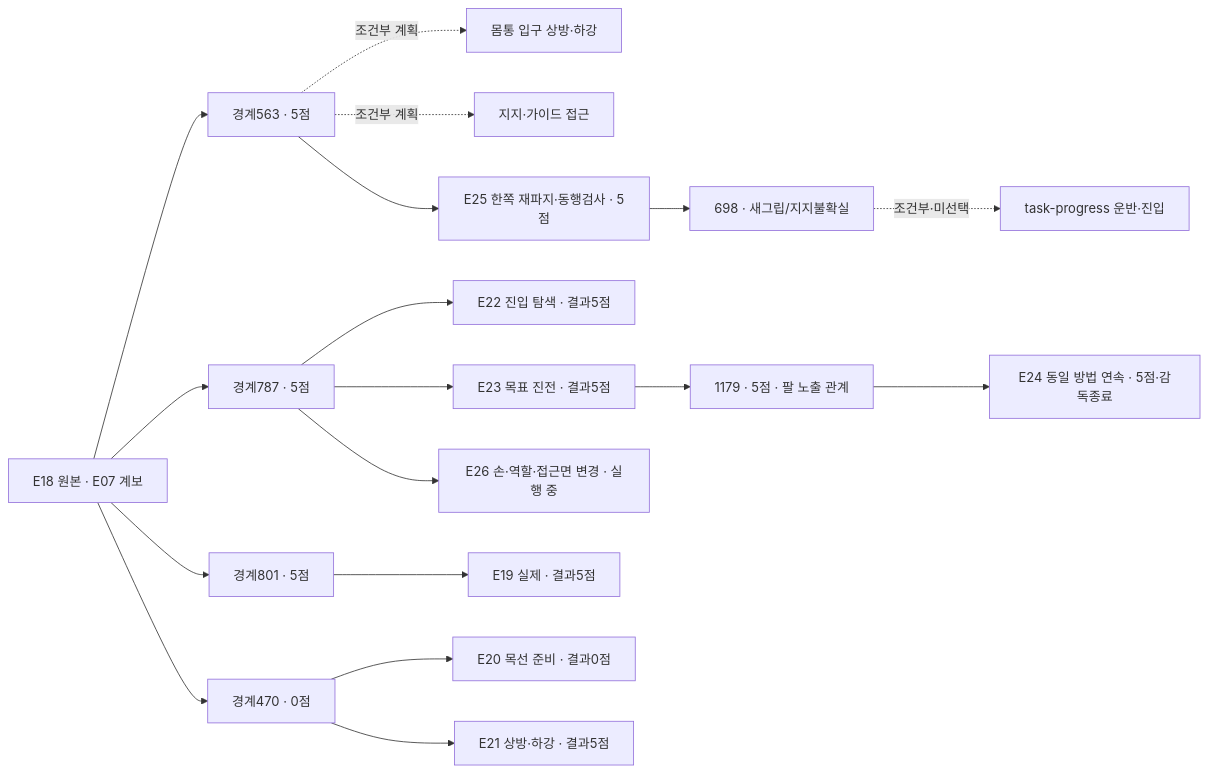
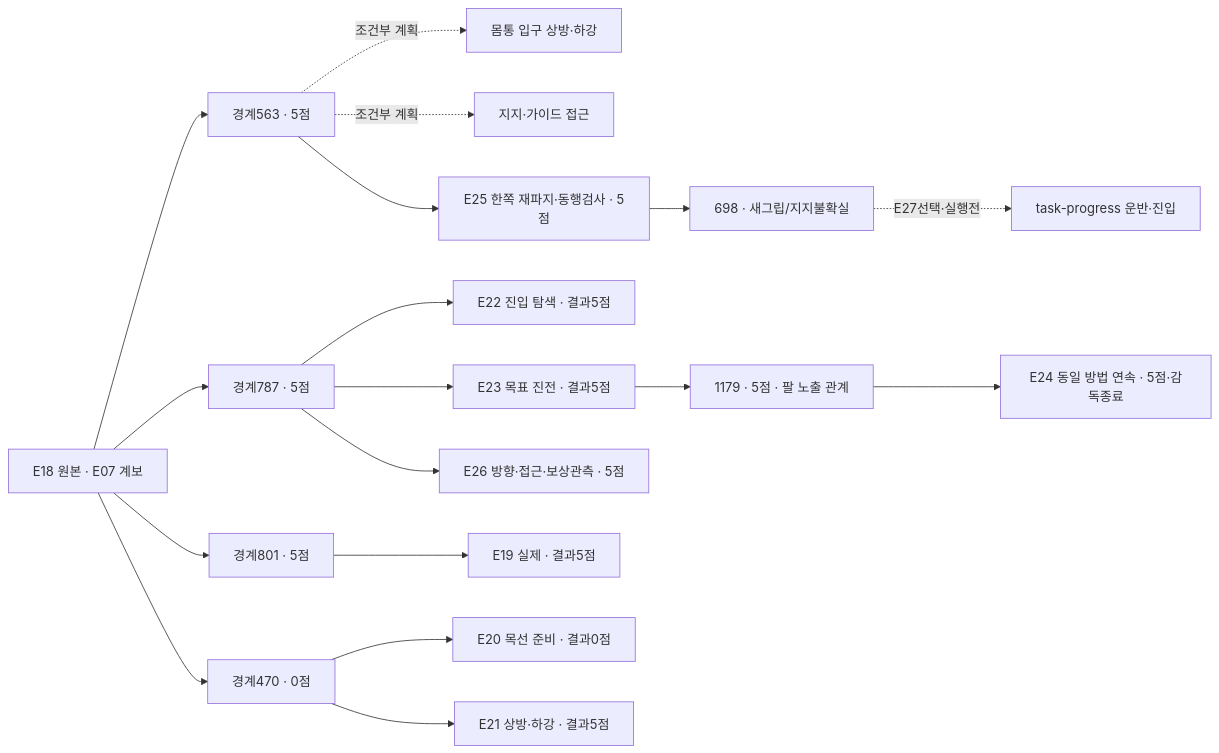
The diagram in docs/collection/catalog/README.ko.md (leonyoon-3dai/PhyRC_2027_phase1), drawn with Mermaid before and after one commit. The commit also changed other lines of this file and 40 other files, not shown here.

````diff
--- a/docs/collection/catalog/README.ko.md
+++ b/docs/collection/catalog/README.ko.md
@@ -27,20 +27,20 @@
 ```mermaid
 flowchart LR
   E18["E18 원본 · E07 계보"] --> P563["경계563 · 5점"]
   E18 --> P787["경계787 · 5점"]
   E18 --> P801["경계801 · 5점"]
   E18 --> P470["경계470 · 0점"]
   P563 -. "조건부 계획" .-> O["몸통 입구 상방·하강"]
   P563 -. "조건부 계획" .-> G["지지·가이드 접근"]
   P801 --> E19["E19 실제 · 결과5점"]
   P470 --> E20["E20 목선 준비 · 결과0점"]
   P470 --> E21["E21 상방·하강 · 결과5점"]
   P787 --> E22["E22 진입 탐색 · 결과5점"]
   P787 --> E23["E23 목표 진전 · 결과5점"]
   E23 --> P1179["1179 · 5점 · 팔 노출 관계"]
   P1179 --> E24["E24 동일 방법 연속 · 5점·감독종료"]
   P563 --> M1["E25 한쪽 재파지·동행검사 · 5점"]
-  P787 --> M2["E26 손·역할·접근면 변경 · 실행 중"]
+  P787 --> M2["E26 방향·접근·보상관측 · 5점"]
   M1 --> P698["698 · 새그립/지지불확실"]
-  P698 -. "조건부·미선택" .-> C["task-progress 운반·진입"]
+  P698 -. "E27선택·실행전" .-> C["task-progress 운반·진입"]
 ```
````
